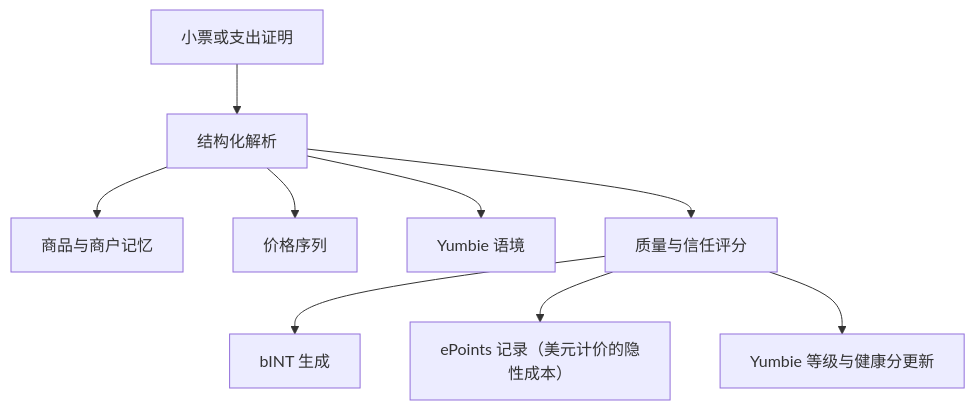
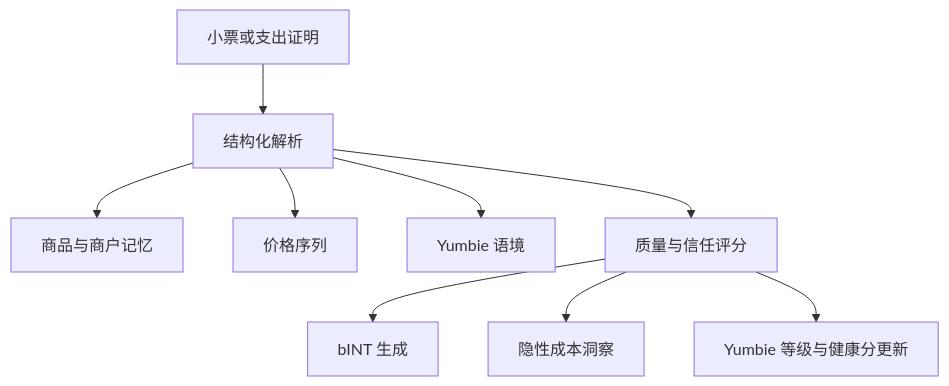
One commit to Yumo-Yumo-Inc/yumoyumohq changed the diagram in content/whitepaper/zh/proof-of-expense-and-price-memory.md. Above: the diagram before and after it, drawn with Mermaid. The commit also changed other lines of this file and 1048 other files, not shown here.

````diff
--- a/content/whitepaper/zh/proof-of-expense-and-price-memory.md
+++ b/content/whitepaper/zh/proof-of-expense-and-price-memory.md
@@ -9,11 +9,11 @@
 ```mermaid
 flowchart TD
     A["小票或支出证明"] --> B["结构化解析"]
     B --> C["商品与商户记忆"]
     B --> D["价格序列"]
     B --> E["Yumbie 语境"]
     B --> F["质量与信任评分"]
     F --> G["bINT 生成"]
-    F --> H["ePoints 记录（美元计价的隐性成本）"]
+    F --> H["隐性成本洞察"]
     F --> I["Yumbie 等级与健康分更新"]
 ```
````
